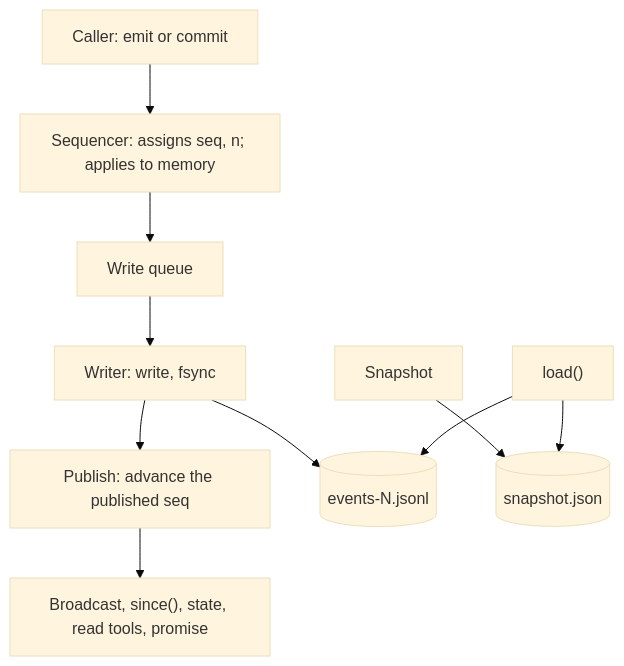
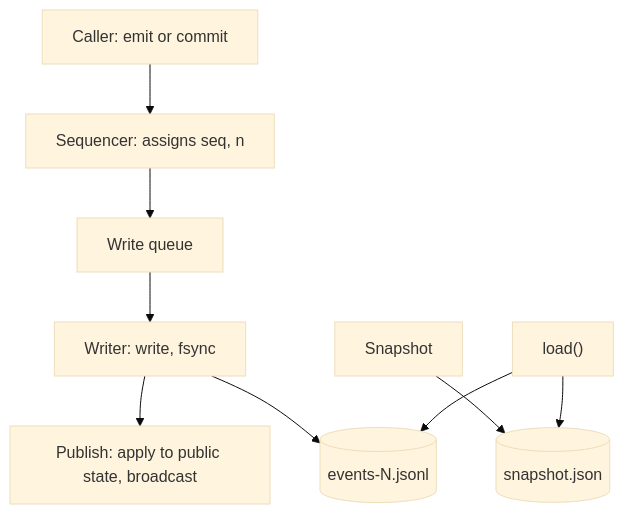
The first of 3 diagrams in designs/508/storage-design.md (HJeon139/postbox), drawn with Mermaid (base theme) before and after one commit. The commit also changed other lines of this file and 3 other files, not shown here.

````diff
--- a/designs/508/storage-design.md
+++ b/designs/508/storage-design.md
@@ -89,12 +89,11 @@
 ```mermaid
 flowchart TD
-  C["Caller: emit or commit"] --> S["Sequencer: assigns seq, n; applies to memory"]
+  C["Caller: emit or commit"] --> S["Sequencer: assigns seq, n"]
   S --> Q["Write queue"]
   Q --> W["Writer: write, fsync"]
-  W --> P["Publish: advance the published seq"]
-  P --> X["Broadcast, since(), state, read tools, promise"]
+  W --> P["Publish: apply to public state, broadcast"]
   W --> L[("events-N.jsonl")]
   SN["Snapshot"] --> F[("snapshot.json")]
   LD["load()"] --> F
   LD --> L
 ```
````
